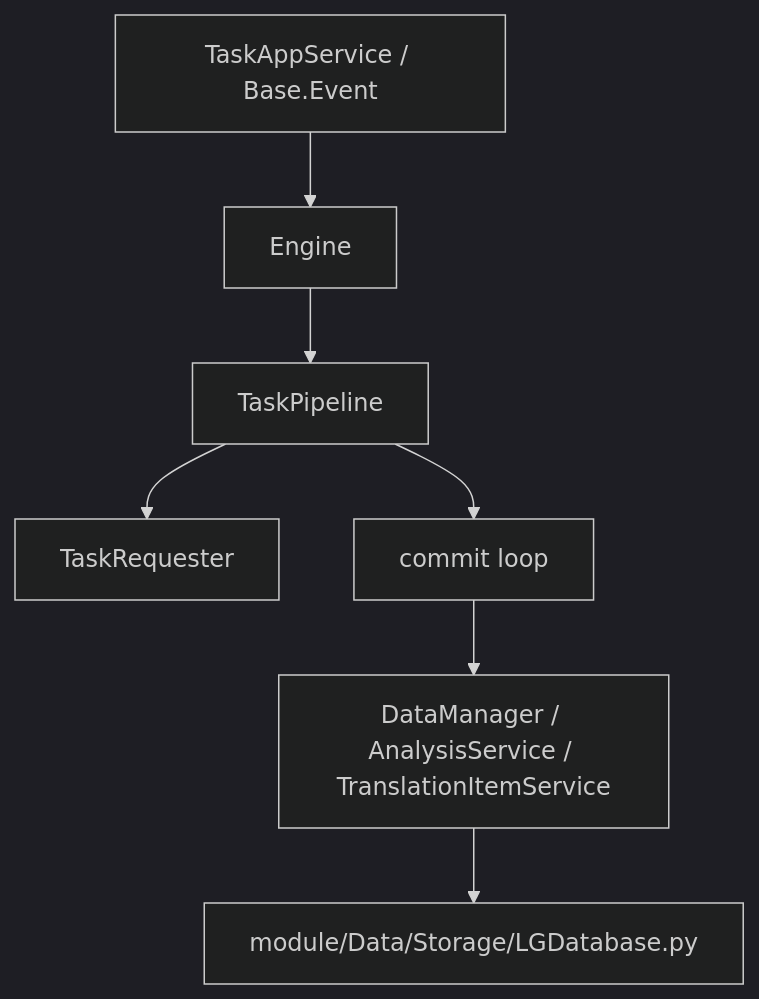
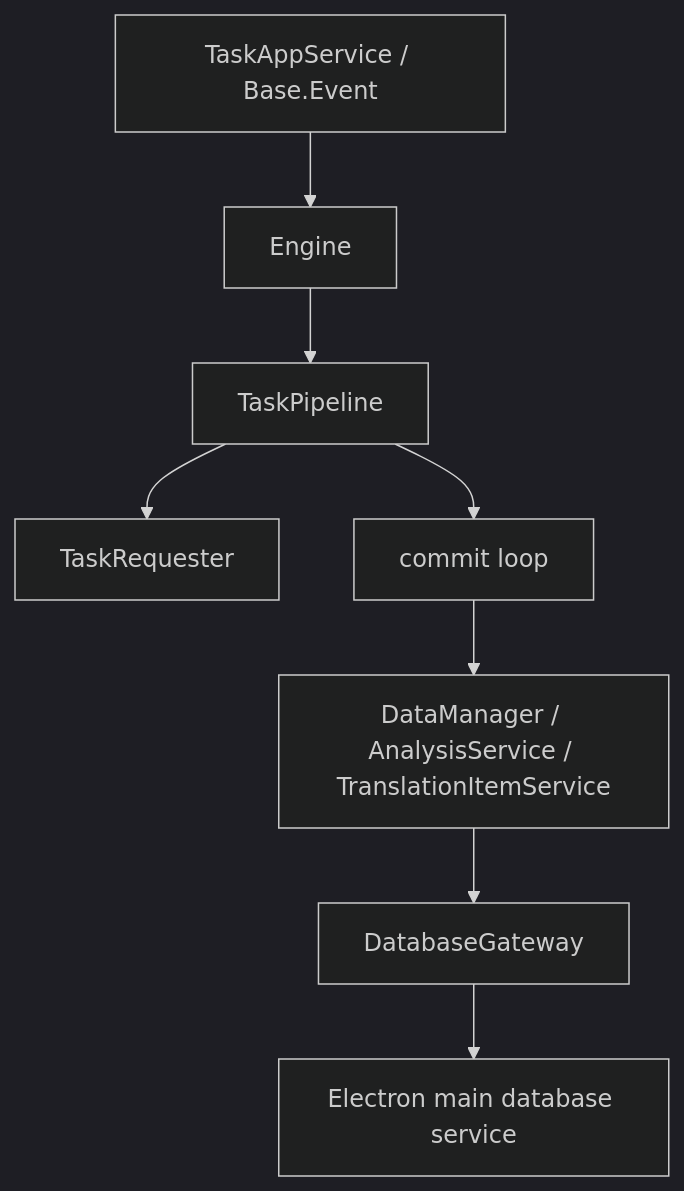
Before and after one commit to neavo/LinguaGacha: the third of 4 diagrams in docs/DATA.md, drawn with Mermaid (dark theme). The commit also changed other lines of this file and 64 other files, not shown here.

````diff
--- a/docs/DATA.md
+++ b/docs/DATA.md
@@ -77,9 +79,10 @@
 ```mermaid
 flowchart TD
     A["TaskAppService / Base.Event"] --> B["Engine"]
     B --> C["TaskPipeline"]
     C --> D["TaskRequester"]
     C --> E["commit loop"]
     E --> F["DataManager / AnalysisService / TranslationItemService"]
-    F --> G["module/Data/Storage/LGDatabase.py"]
+    F --> G["DatabaseGateway"]
+    G --> H["Electron main database service"]
 ```
````
